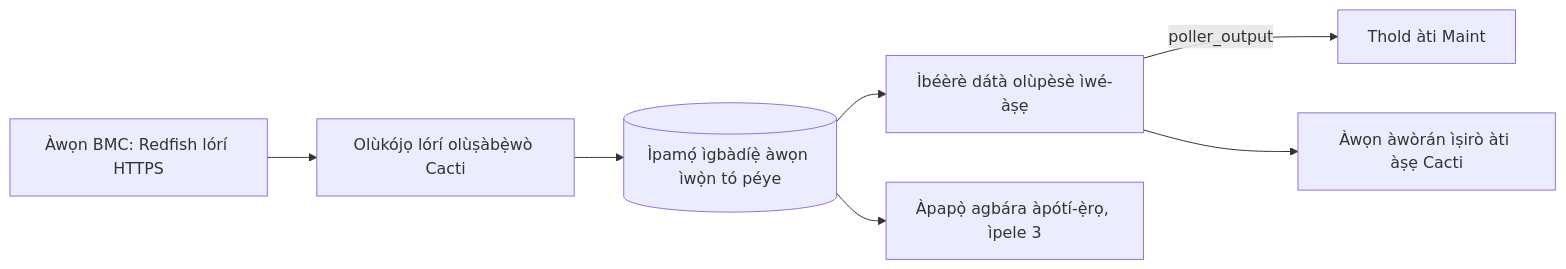
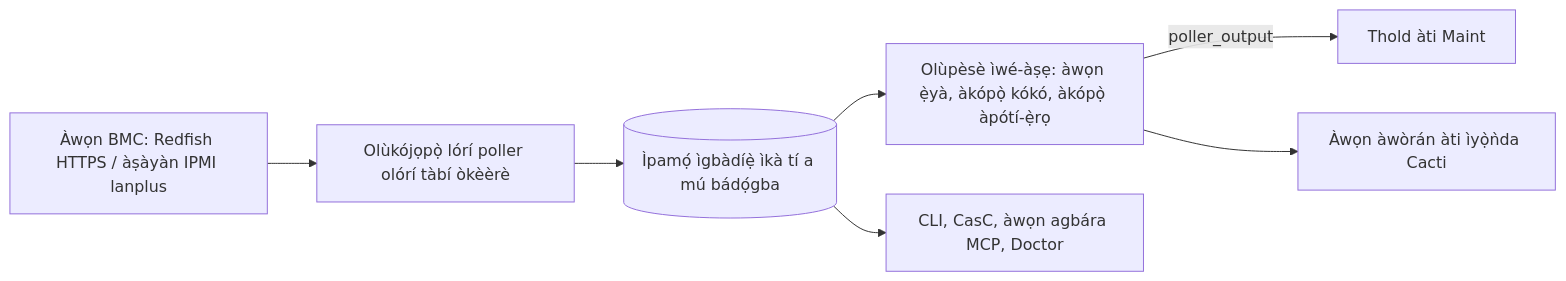
One commit to somethingwithproof/plugin_redfish changed the diagram in docs/i18n/yo-NG/README.md. Above: the diagram before and after it, drawn with Mermaid. The commit also changed other lines of this file and 47 other files, not shown here.

````diff
--- a/docs/i18n/yo-NG/README.md
+++ b/docs/i18n/yo-NG/README.md
@@ -90,9 +140,9 @@
 ```mermaid
 flowchart LR
-    BMC[Àwọn BMC: Redfish lórí HTTPS] --> C[Olùkójọ lórí olùṣàbẹ̀wò Cacti]
-    C --> CACHE[(Ìpamọ́ ìgbàdíẹ̀ àwọn ìwọ̀n tó péye)]
-    CACHE --> SS[Ìbéèrè dátà olùpèsè ìwé-àṣẹ]
-    SS -->|poller_output| T[Thold àti Maint]
-    SS --> G[Àwọn àwòrán ìṣirò àti àṣẹ Cacti]
-    CACHE --> R[Àpapọ̀ agbára àpótí-ẹ̀rọ, ìpele 3]
+    BMC["Àwọn BMC: Redfish HTTPS / àṣàyàn IPMI lanplus"] --> C["Olùkójọpọ̀ lórí poller olórí tàbí òkèèrè"]
+    C --> CACHE[("Ìpamọ́ ìgbàdíẹ̀ ìkà tí a mú bádọ́gba")]
+    CACHE --> SS["Olùpèsè ìwé-àṣẹ: àwọn ẹ̀yà, àkópọ̀ kókó, àkópọ̀ àpótí-ẹ̀rọ"]
+    SS -->|poller_output| T["Thold àti Maint"]
+    SS --> G["Àwọn àwòrán àti ìyọ̀ǹda Cacti"]
+    CACHE --> ECO["CLI, CasC, àwọn agbára MCP, Doctor"]
 ```
````
